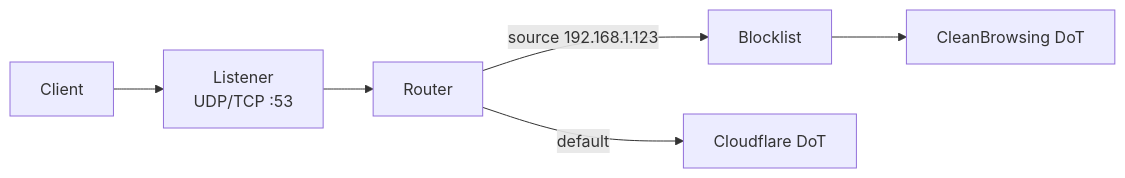
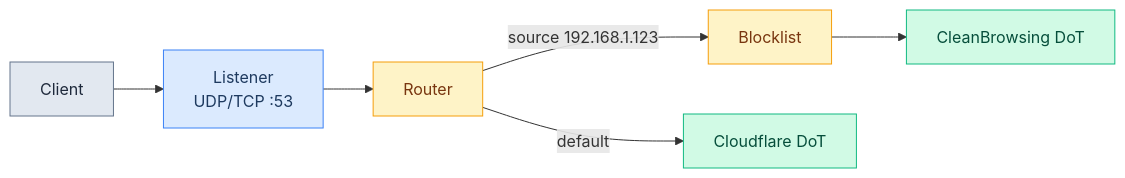
The third of 5 diagrams in README.md (folbricht/routedns), drawn with Mermaid before and after one commit. The commit also changed other lines of this file, not shown here.

Commit message:
Add color to mermaid diagrams

````diff
--- a/README.md
+++ b/README.md
@@ -150,7 +166,15 @@
 ```mermaid
 graph LR
     C[Client] --> L[Listener<br/>UDP/TCP :53]
     L --> RT[Router]
     RT -->|source 192.168.1.123| BL[Blocklist] --> CB[CleanBrowsing DoT]
     RT -->|default| CF[Cloudflare DoT]
+    classDef ext fill:#e2e8f0,stroke:#64748b,color:#1e293b
+    classDef listen fill:#dbeafe,stroke:#3b82f6,color:#1e3a5f
+    classDef proc fill:#fef3c7,stroke:#f59e0b,color:#78350f
+    classDef resolve fill:#d1fae5,stroke:#10b981,color:#064e3b
+    class C ext
+    class L listen
+    class RT,BL proc
+    class CB,CF resolve
 ```
````
